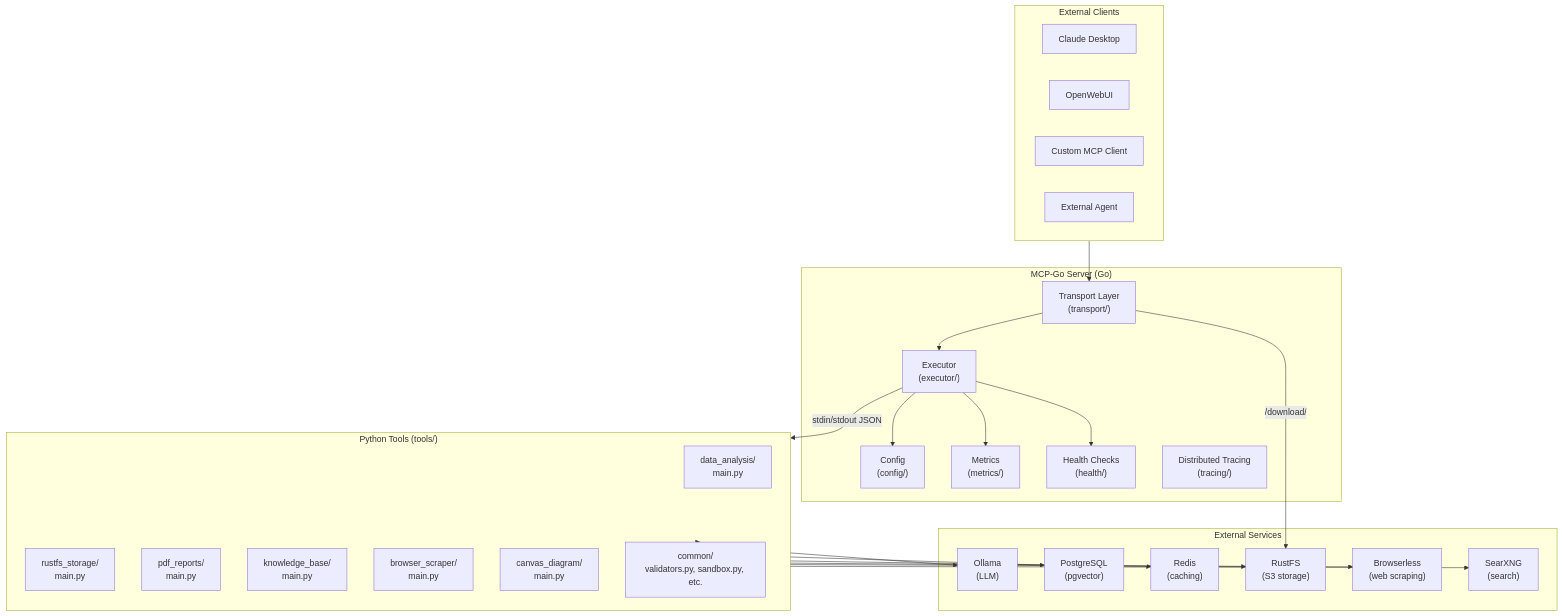
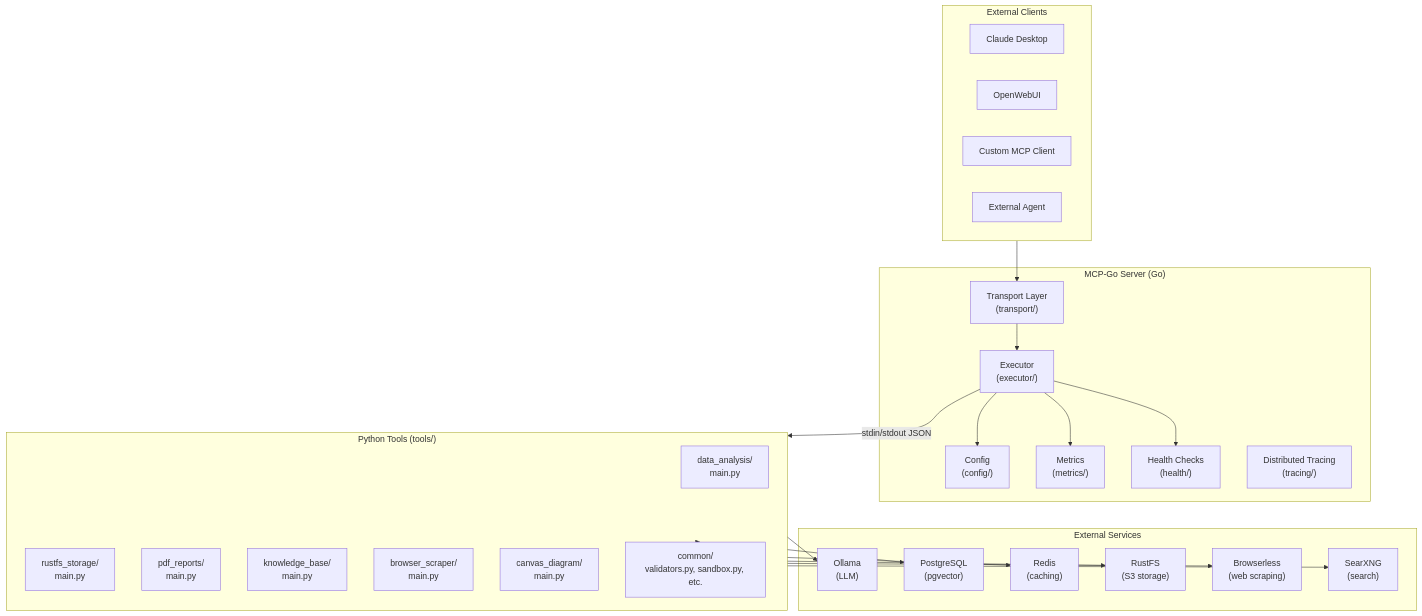
Before and after one commit to sudebaker/mcp-go: the diagram in README_ARCHITECTURE.md, drawn with Mermaid. The commit also changed other lines of this file and 17 other files, not shown here.

````diff
--- a/README_ARCHITECTURE.md
+++ b/README_ARCHITECTURE.md
@@ -23,54 +23,52 @@
 ```mermaid
 flowchart TB
     subgraph Clients["External Clients"]
         ClaudeDesktop["Claude Desktop"]
         OpenWebUI["OpenWebUI"]
         CustomMCP["Custom MCP Client"]
         ExternalAgent["External Agent"]
     end
 
     subgraph MCPGo["MCP-Go Server (Go)"]
         Transport["Transport Layer<br/>(transport/)"]
         Executor["Executor<br/>(executor/)"]
         Config["Config<br/>(config/)"]
         Metrics["Metrics<br/>(metrics/)"]
         Health["Health Checks<br/>(health/)"]
         Tracing["Distributed Tracing<br/>(tracing/)"]
     end
 
     subgraph PythonTools["Python Tools (tools/)"]
         data_analysis["data_analysis/<br/>main.py"]
         rustfs_storage["rustfs_storage/<br/>main.py"]
         pdf_reports["pdf_reports/<br/>main.py"]
         knowledge_base["knowledge_base/<br/>main.py"]
         browser_scraper["browser_scraper/<br/>main.py"]
         canvas_diagram["canvas_diagram/<br/>main.py"]
         common["common/<br/>validators.py, sandbox.py, etc."]
     end
 
     subgraph ExternalServices["External Services"]
         Ollama["Ollama<br/>(LLM)"]
         PostgreSQL["PostgreSQL<br/>(pgvector)"]
         Redis["Redis<br/>(caching)"]
         RustFS["RustFS<br/>(S3 storage)"]
         Browserless["Browserless<br/>(web scraping)"]
         SearXNG["SearXNG<br/>(search)"]
     end
 
     Clients --> Transport
     Transport --> Executor
     Executor --> Config
     Executor --> Metrics
     Executor --> Health
 
     Executor -->|"stdin/stdout JSON"| PythonTools
     PythonTools --> common
     PythonTools --> Ollama
     PythonTools --> PostgreSQL
     PythonTools --> Redis
     PythonTools --> RustFS
     PythonTools --> Browserless
     PythonTools --> SearXNG
-
-    Transport --> |"/download/"| RustFS
 ```
````
